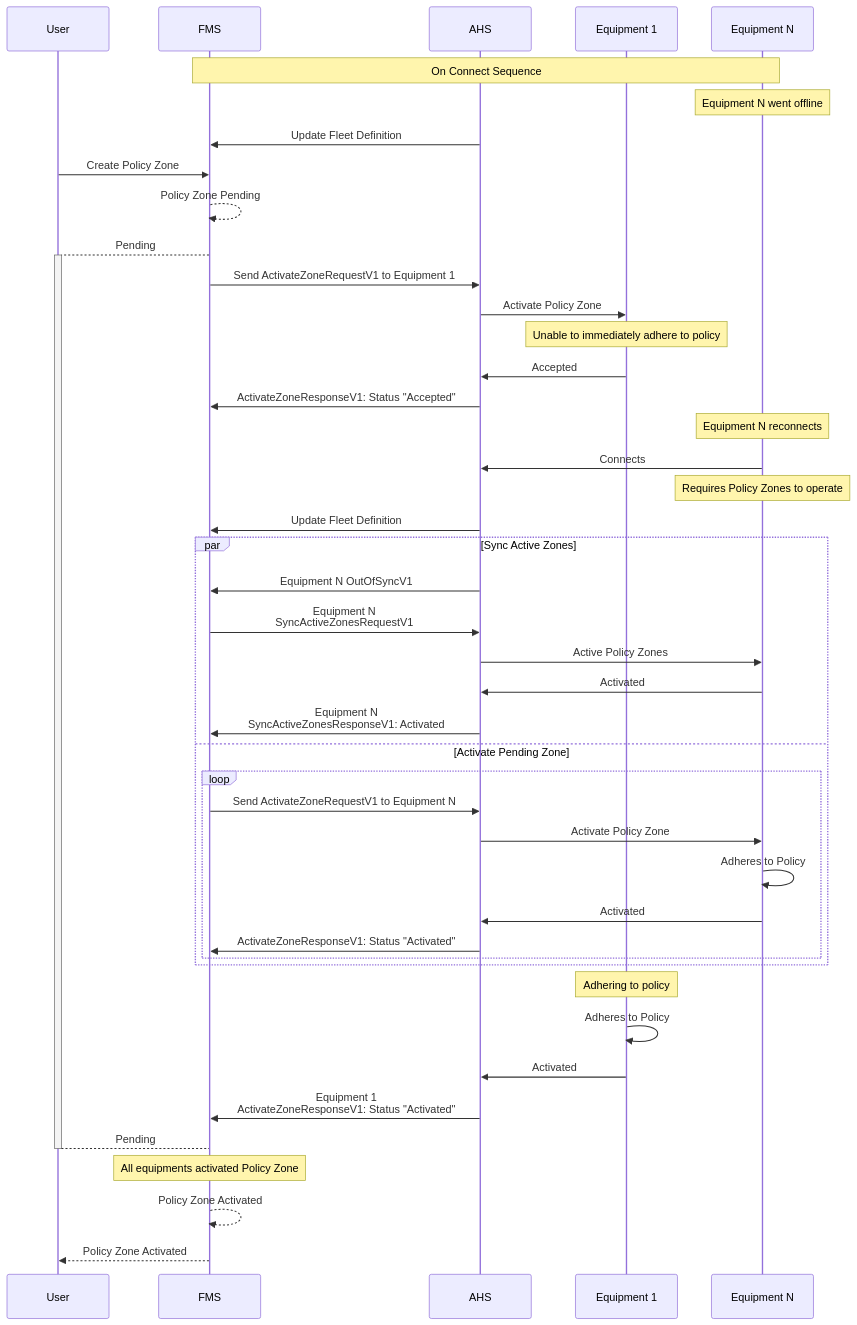
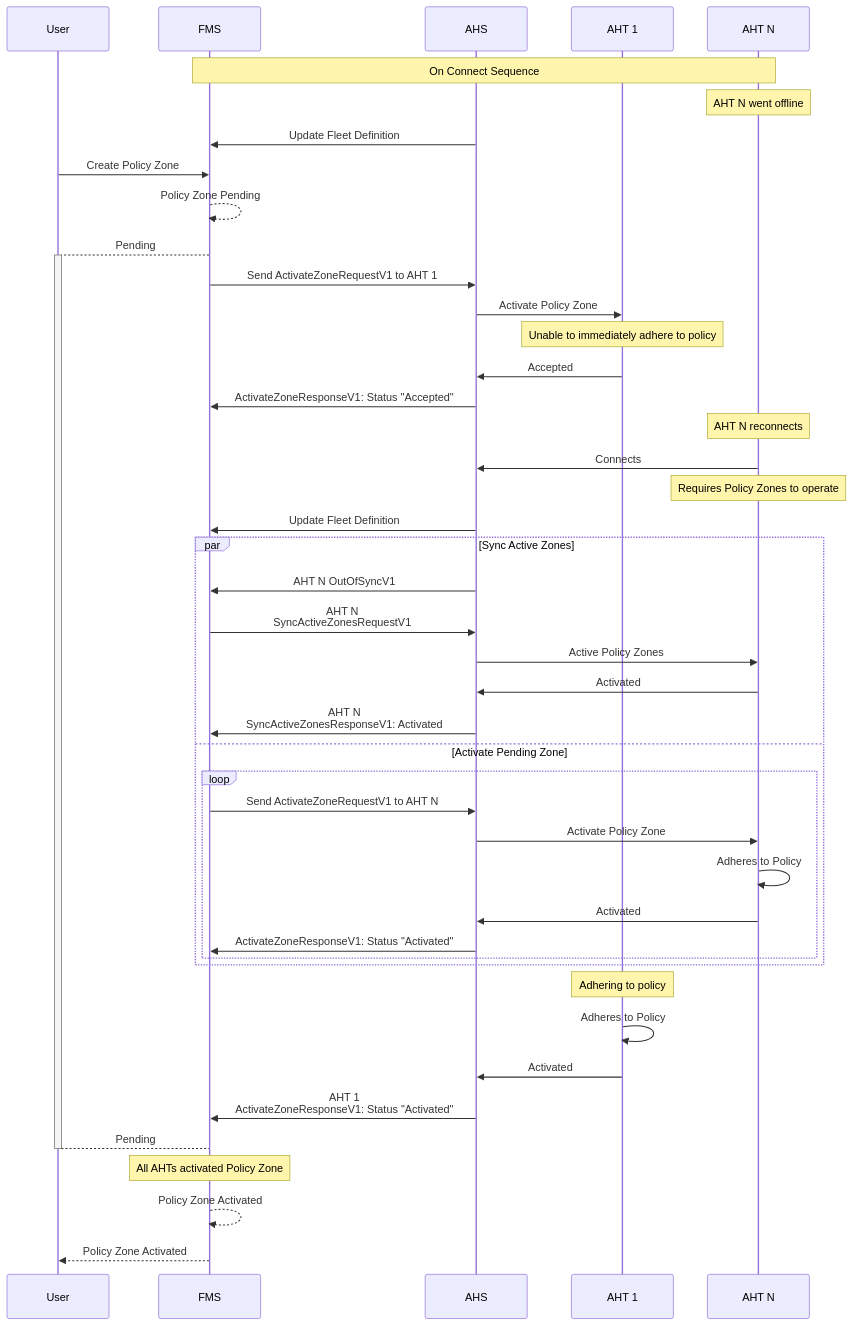
Before and after one commit to open-autonomy/zone: the second of 3 diagrams in diagram/Resynchronisation.md, drawn with Mermaid. The commit also changed other lines of this file and 15 other files, not shown here.

Commit message:
updated language equipment to AHT

````diff
--- a/diagram/Resynchronisation.md
+++ b/diagram/Resynchronisation.md
@@ -39,60 +39,60 @@
 ```mermaid
 sequenceDiagram
     participant User
     participant FMS
     participant AHS
-    participant Equipment 1
-    participant Equipment N
+    participant AHT 1
+    participant AHT N
 
-    Note over FMS,Equipment N: On Connect Sequence
-    Note over Equipment N: Equipment N went offline
+    Note over FMS,AHT N: On Connect Sequence
+    Note over AHT N: AHT N went offline
     AHS->>FMS: Update Fleet Definition
 
     User->>FMS: Create Policy Zone
     FMS-->>FMS: Policy Zone Pending
     FMS-->+User: Pending
 
-    FMS->>AHS: Send ActivateZoneRequestV1 to Equipment 1
-    AHS->>Equipment 1: Activate Policy Zone
-    Note over Equipment 1: Unable to immediately adhere to policy
-    Equipment 1->>AHS: Accepted
+    FMS->>AHS: Send ActivateZoneRequestV1 to AHT 1
+    AHS->>AHT 1: Activate Policy Zone
+    Note over AHT 1: Unable to immediately adhere to policy
+    AHT 1->>AHS: Accepted
     AHS->>FMS: ActivateZoneResponseV1: Status "Accepted"
 
-    Note Over Equipment N: Equipment N reconnects
+    Note Over AHT N: AHT N reconnects
 
-    Equipment N->>AHS: Connects
-    Note Over Equipment N: Requires Policy Zones to operate
+    AHT N->>AHS: Connects
+    Note Over AHT N: Requires Policy Zones to operate
     AHS->>FMS: Update Fleet Definition
 
     par Sync Active Zones
-        AHS->>FMS: Equipment N OutOfSyncV1
+        AHS->>FMS: AHT N OutOfSyncV1
 
-        FMS->>AHS: Equipment N <br/> SyncActiveZonesRequestV1
-        AHS->>Equipment N: Active Policy Zones
+        FMS->>AHS: AHT N <br/> SyncActiveZonesRequestV1
+        AHS->>AHT N: Active Policy Zones
 
-        Equipment N->>AHS: Activated
+        AHT N->>AHS: Activated
 
-        AHS->>FMS: Equipment N <br/> SyncActiveZonesResponseV1: Activated
+        AHS->>FMS: AHT N <br/> SyncActiveZonesResponseV1: Activated
     and Activate Pending Zone
         loop
-            FMS->>AHS: Send ActivateZoneRequestV1 to Equipment N
-            AHS->>Equipment N: Activate Policy Zone
-            Equipment N->>Equipment N: Adheres to Policy
-            Equipment N->>AHS: Activated
+            FMS->>AHS: Send ActivateZoneRequestV1 to AHT N
+            AHS->>AHT N: Activate Policy Zone
+            AHT N->>AHT N: Adheres to Policy
+            AHT N->>AHS: Activated
             AHS->>FMS: ActivateZoneResponseV1: Status "Activated"
         end
     end
 
-    Note Over Equipment 1: Adhering to policy
-    Equipment 1->>Equipment 1: Adheres to Policy
-    Equipment 1->>AHS: Activated
-     AHS->>FMS: Equipment 1 <br/> ActivateZoneResponseV1: Status "Activated"
+    Note Over AHT 1: Adhering to policy
+    AHT 1->>AHT 1: Adheres to Policy
+    AHT 1->>AHS: Activated
+     AHS->>FMS: AHT 1 <br/> ActivateZoneResponseV1: Status "Activated"
 
 
     User-->-FMS: Pending
 
-    Note Over FMS: All equipments activated Policy Zone
+    Note Over FMS: All AHTs activated Policy Zone
     FMS-->>FMS: Policy Zone Activated
 
     FMS-->>User: Policy Zone Activated
 ```
````
